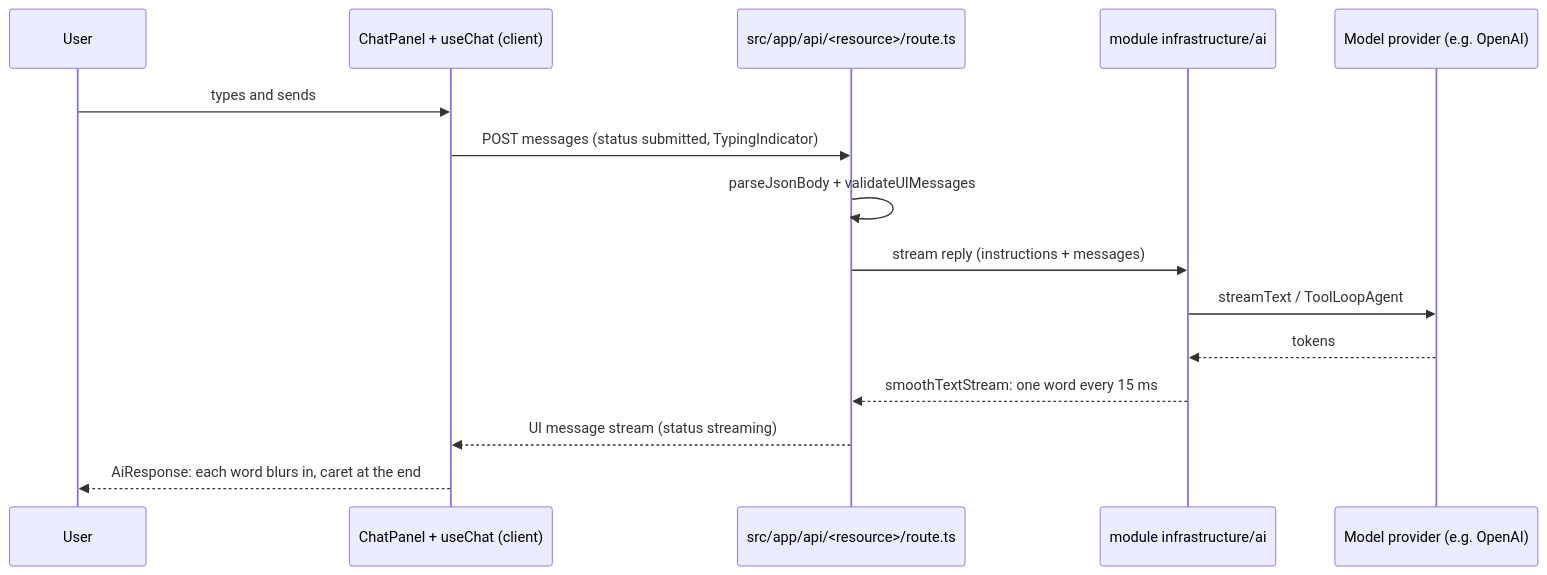
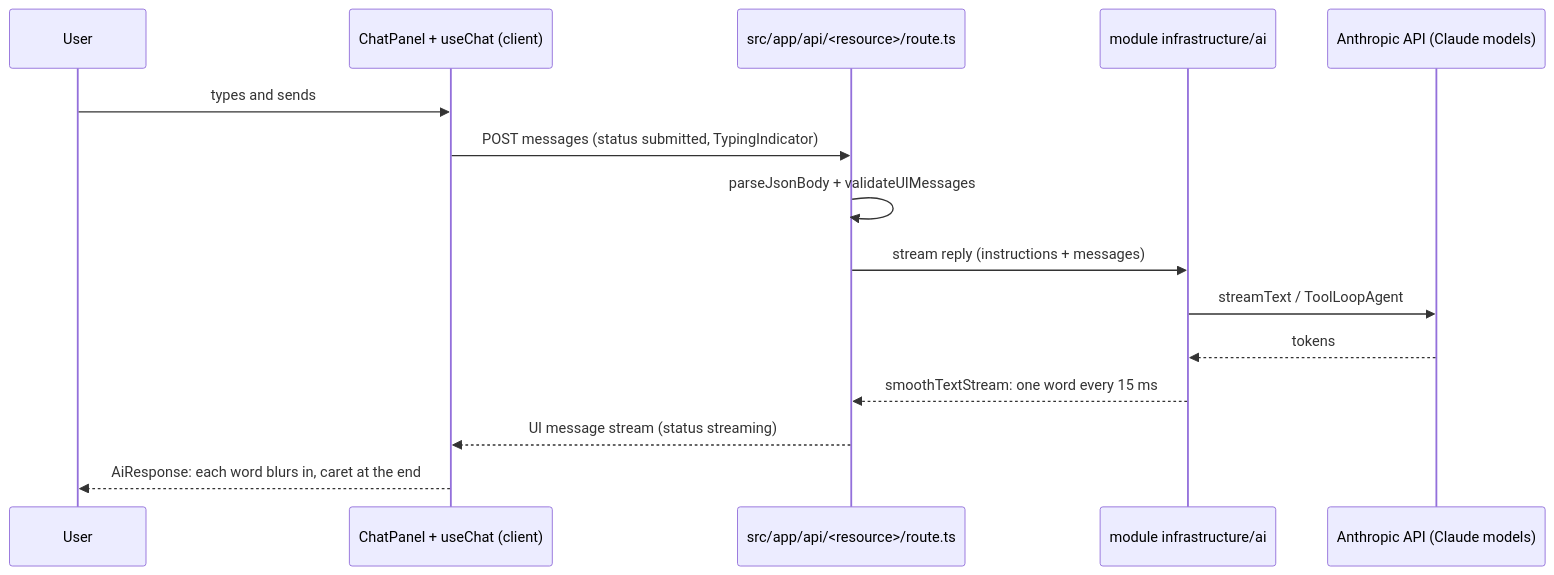
Before and after one commit to Blueydata/ai-dev-foundation: the first of 2 diagrams in docs/technical/ai.md, drawn with Mermaid. The commit also changed 17 other files, not shown here.

First line of the commit message:
feat: use the Anthropic API (Claude models) for the app's AI instead of OpenAI

````diff
--- a/docs/technical/ai.md
+++ b/docs/technical/ai.md
@@ -15,17 +15,17 @@
 ```mermaid
 sequenceDiagram
   participant User
   participant Panel as ChatPanel + useChat (client)
   participant Route as src/app/api/<resource>/route.ts
   participant AI as module infrastructure/ai
-  participant Provider as Model provider (e.g. OpenAI)
+  participant Provider as Anthropic API (Claude models)
   User->>Panel: types and sends
   Panel->>Route: POST messages (status submitted, TypingIndicator)
   Route->>Route: parseJsonBody + validateUIMessages
   Route->>AI: stream reply (instructions + messages)
   AI->>Provider: streamText / ToolLoopAgent
   Provider-->>AI: tokens
   AI-->>Route: smoothTextStream: one word every 15 ms
   Route-->>Panel: UI message stream (status streaming)
   Panel-->>User: AiResponse: each word blurs in, caret at the end
 ```
````
